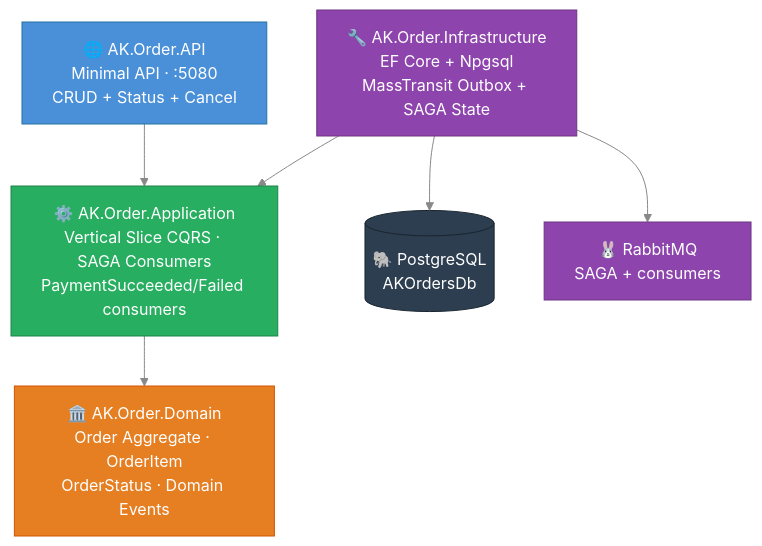
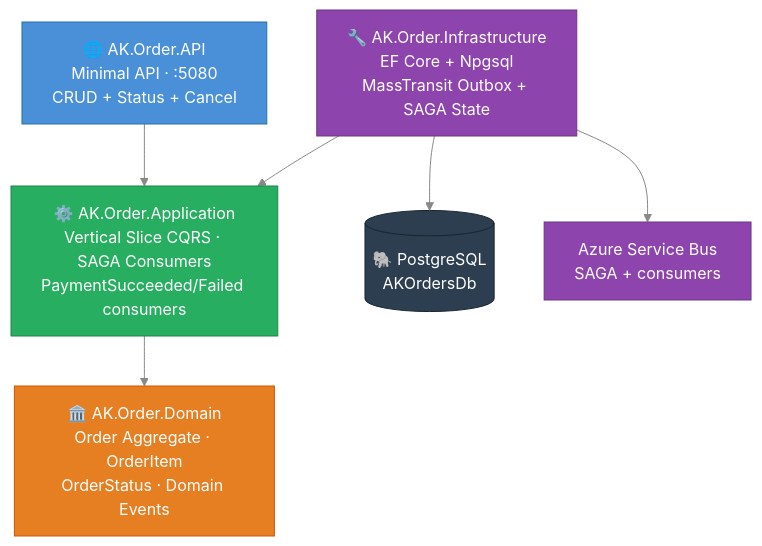
The first of 3 diagrams in AK.Order/ORDER_TECHNICAL_DESIGN.md (seesathish/AntKart-Src3), drawn with Mermaid before and after one commit. The commit also changed other lines of this file and 15 other files, not shown here.

````diff
--- a/AK.Order/ORDER_TECHNICAL_DESIGN.md
+++ b/AK.Order/ORDER_TECHNICAL_DESIGN.md
@@ -70,20 +70,20 @@
 ```mermaid
 %%{init: {'theme': 'base', 'themeVariables': {'lineColor': '#888888', 'edgeLabelBackground': '#00000000'}}}%%
 graph TB
     API["🌐 AK.Order.API\nMinimal API · :5080\nCRUD + Status + Cancel"]:::api
     APP["⚙️ AK.Order.Application\nVertical Slice CQRS · SAGA Consumers\nPaymentSucceeded/Failed consumers"]:::app
     DOMAIN["🏛️ AK.Order.Domain\nOrder Aggregate · OrderItem\nOrderStatus · Domain Events"]:::domain
     INFRA["🔧 AK.Order.Infrastructure\nEF Core + Npgsql\nMassTransit Outbox + SAGA State"]:::infra
     DB[("🐘 PostgreSQL\nAKOrdersDb")]:::db
-    MQ["🐰 RabbitMQ\nSAGA + consumers"]:::infra
+    MQ["Azure Service Bus\nSAGA + consumers"]:::infra
     API --> APP --> DOMAIN
     INFRA --> APP
     INFRA --> DB
     INFRA --> MQ
 
     classDef api fill:#4A90D9,stroke:#2471A3,color:#fff
     classDef app fill:#27AE60,stroke:#1E8449,color:#fff
     classDef domain fill:#E67E22,stroke:#D35400,color:#fff
     classDef infra fill:#8E44AD,stroke:#6C3483,color:#fff
     classDef db fill:#2C3E50,stroke:#1A252F,color:#fff
 ```
````
